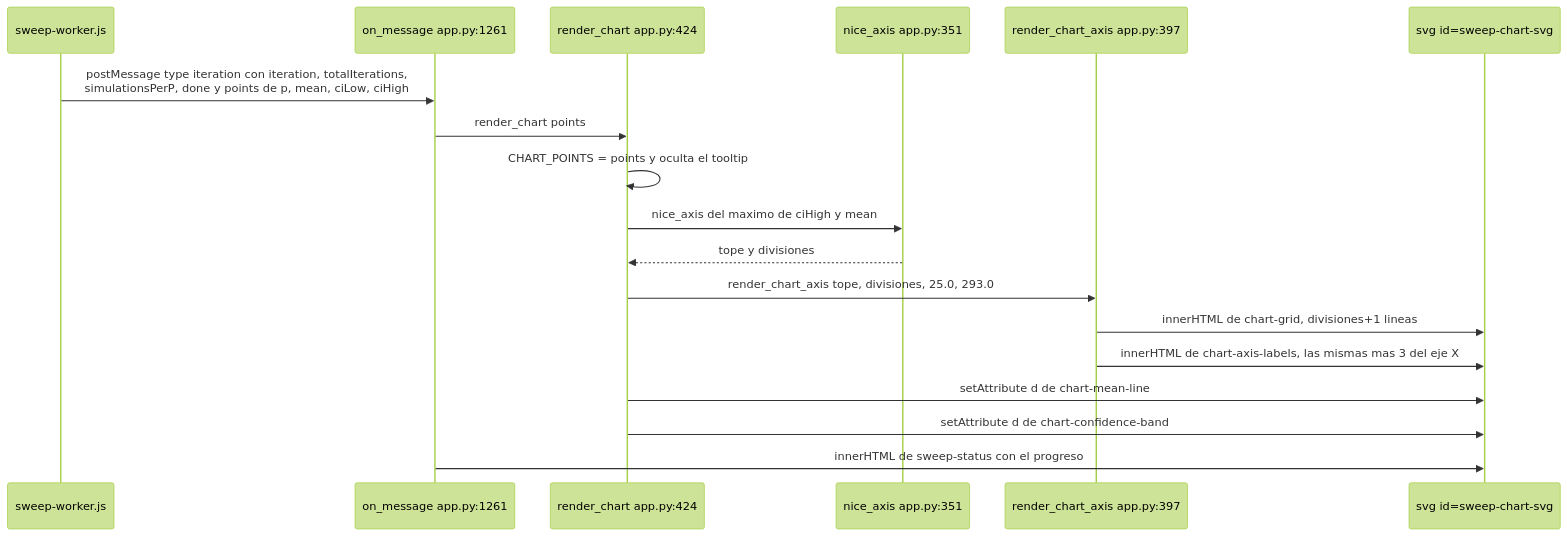
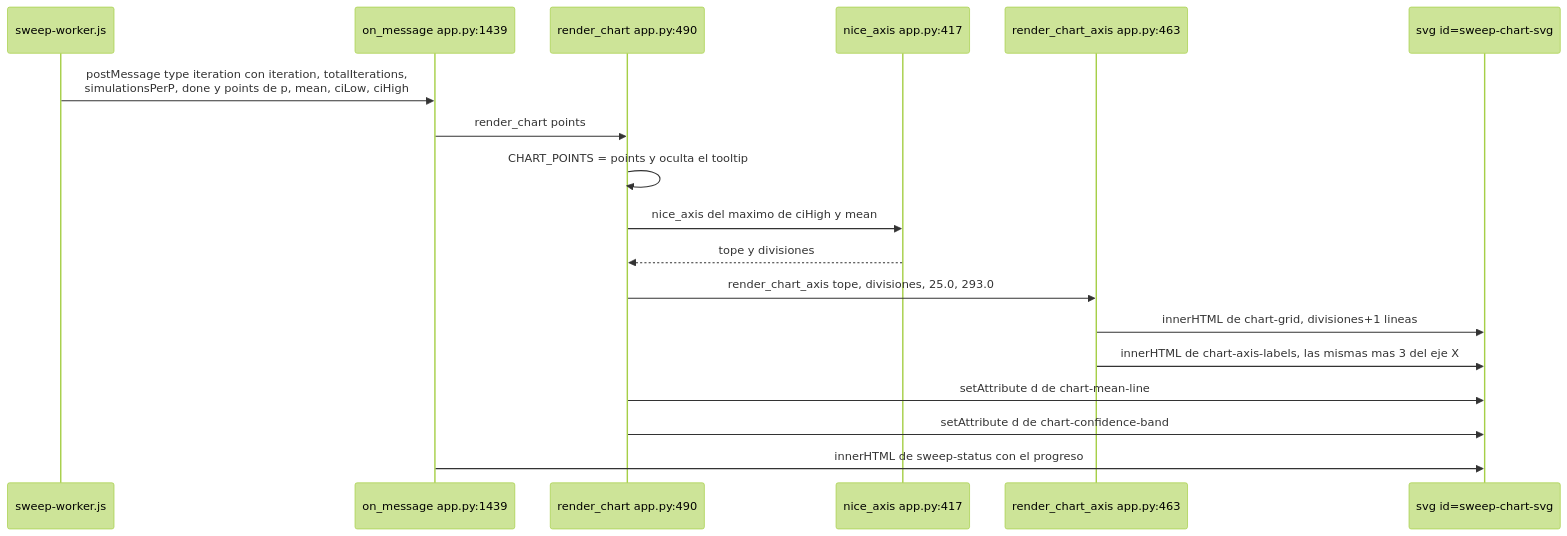
One commit to Rou-uu/consenso-simulador changed the sixth of 6 diagrams in docs/03-interfaz.md. Above: the diagram before and after it, drawn with Mermaid (forest theme). The commit also changed other lines of this file and 19 other files, not shown here.

````diff
--- a/docs/03-interfaz.md
+++ b/docs/03-interfaz.md
@@ -464,21 +464,21 @@
 ```mermaid
 sequenceDiagram
     participant W as sweep-worker.js
-    participant OM as on_message app.py:1261
-    participant RC as render_chart app.py:424
-    participant NA as nice_axis app.py:351
-    participant RA as render_chart_axis app.py:397
+    participant OM as on_message app.py:1439
+    participant RC as render_chart app.py:490
+    participant NA as nice_axis app.py:417
+    participant RA as render_chart_axis app.py:463
     participant SVG as svg id=sweep-chart-svg
 
     W->>OM: postMessage type iteration con iteration, totalIterations,<br/>simulationsPerP, done y points de p, mean, ciLow, ciHigh
     OM->>RC: render_chart points
     RC->>RC: CHART_POINTS = points y oculta el tooltip
     RC->>NA: nice_axis del maximo de ciHigh y mean
     NA-->>RC: tope y divisiones
     RC->>RA: render_chart_axis tope, divisiones, 25.0, 293.0
     RA->>SVG: innerHTML de chart-grid, divisiones+1 lineas
     RA->>SVG: innerHTML de chart-axis-labels, las mismas mas 3 del eje X
     RC->>SVG: setAttribute d de chart-mean-line
     RC->>SVG: setAttribute d de chart-confidence-band
     OM->>SVG: innerHTML de sweep-status con el progreso
 ```
````
